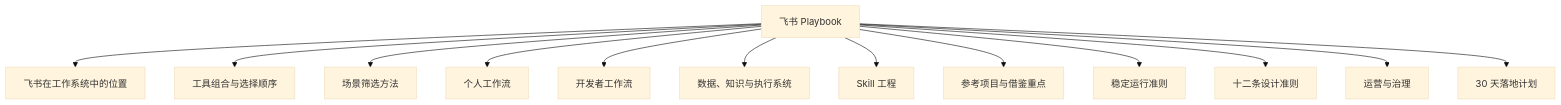
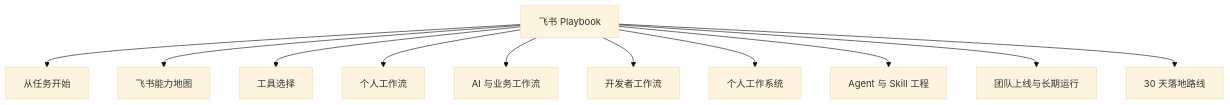
Before and after one commit to realchendahuang/feishu-playbook: the diagram in README.md, drawn with Mermaid (base theme). The commit also changed other lines of this file and 3 other files, not shown here.

````diff
--- a/README.md
+++ b/README.md
@@ -9,15 +9,13 @@
 ```mermaid
 flowchart TD
-  A[飞书 Playbook] --> B[飞书在工作系统中的位置]
-  A --> C[工具组合与选择顺序]
-  A --> D[场景筛选方法]
+  A[飞书 Playbook] --> B[从任务开始]
+  A --> C[飞书能力地图]
+  A --> D[工具选择]
   A --> E[个人工作流]
-  A --> F[开发者工作流]
-  A --> G[数据、知识与执行系统]
-  A --> H[Skill 工程]
-  A --> I[参考项目与借鉴重点]
-  A --> J[稳定运行准则]
-  A --> K[十二条设计准则]
-  A --> L[运营与治理]
-  A --> M[30 天落地计划]
+  A --> F[AI 与业务工作流]
+  A --> G[开发者工作流]
+  A --> H[个人工作系统]
+  A --> I[Agent 与 Skill 工程]
+  A --> J[团队上线与长期运行]
+  A --> K[30 天落地路线]
 ```
````
